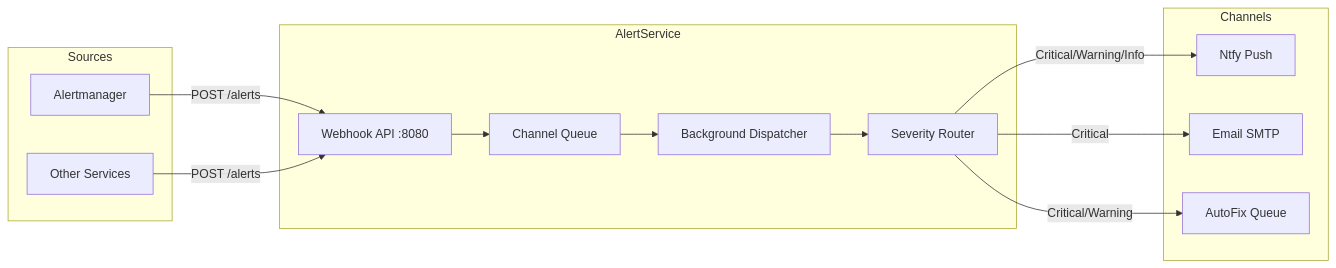
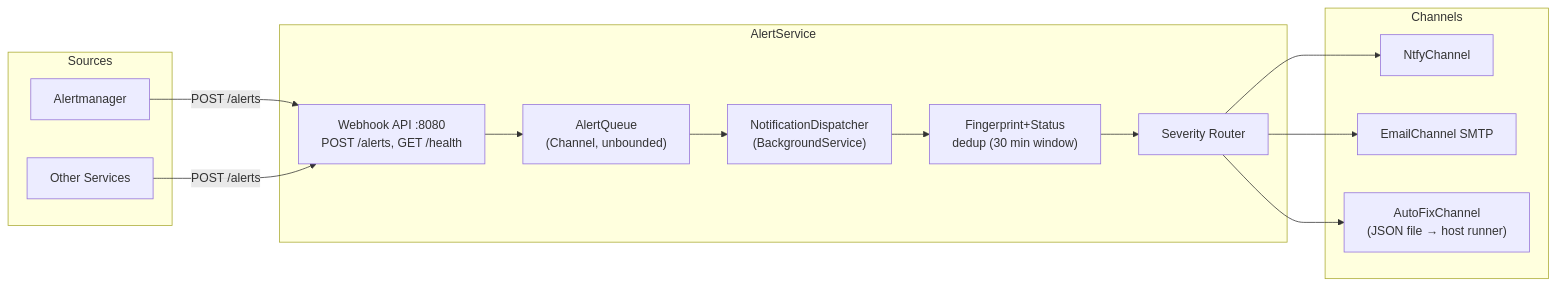
Before and after one commit to jpansarasa/ATLAS-Docs: the diagram in AlertService/README.md, drawn with Mermaid. The commit also changed other lines of this file, not shown here.

````diff
--- a/AlertService/README.md
+++ b/AlertService/README.md
@@ -11,28 +13,28 @@
 ```mermaid
 flowchart LR
     subgraph Sources
         AM[Alertmanager]
         SVC[Other Services]
     end
 
     subgraph AlertService
-        API[Webhook API :8080]
-        QUEUE[Channel Queue]
-        DISPATCH[Background Dispatcher]
+        API["Webhook API :8080<br/>POST /alerts, GET /health"]
+        QUEUE["AlertQueue<br/>(Channel, unbounded)"]
+        DISPATCH["NotificationDispatcher<br/>(BackgroundService)"]
+        DEDUP["Fingerprint+Status<br/>dedup (30 min window)"]
         ROUTER[Severity Router]
     end
 
     subgraph Channels
-        NTFY[Ntfy Push]
-        EMAIL[Email SMTP]
-        AUTOFIX[AutoFix Queue]
+        NTFY[NtfyChannel]
+        EMAIL[EmailChannel SMTP]
+        AUTOFIX["AutoFixChannel<br/>(JSON file → host runner)"]
     end
 
     AM & SVC -->|POST /alerts| API
     API --> QUEUE
     QUEUE --> DISPATCH
-    DISPATCH --> ROUTER
-    ROUTER -->|Critical/Warning/Info| NTFY
-    ROUTER -->|Critical| EMAIL
-    ROUTER -->|Critical/Warning| AUTOFIX
+    DISPATCH --> DEDUP
+    DEDUP --> ROUTER
+    ROUTER --> NTFY & EMAIL & AUTOFIX
 ```
````
